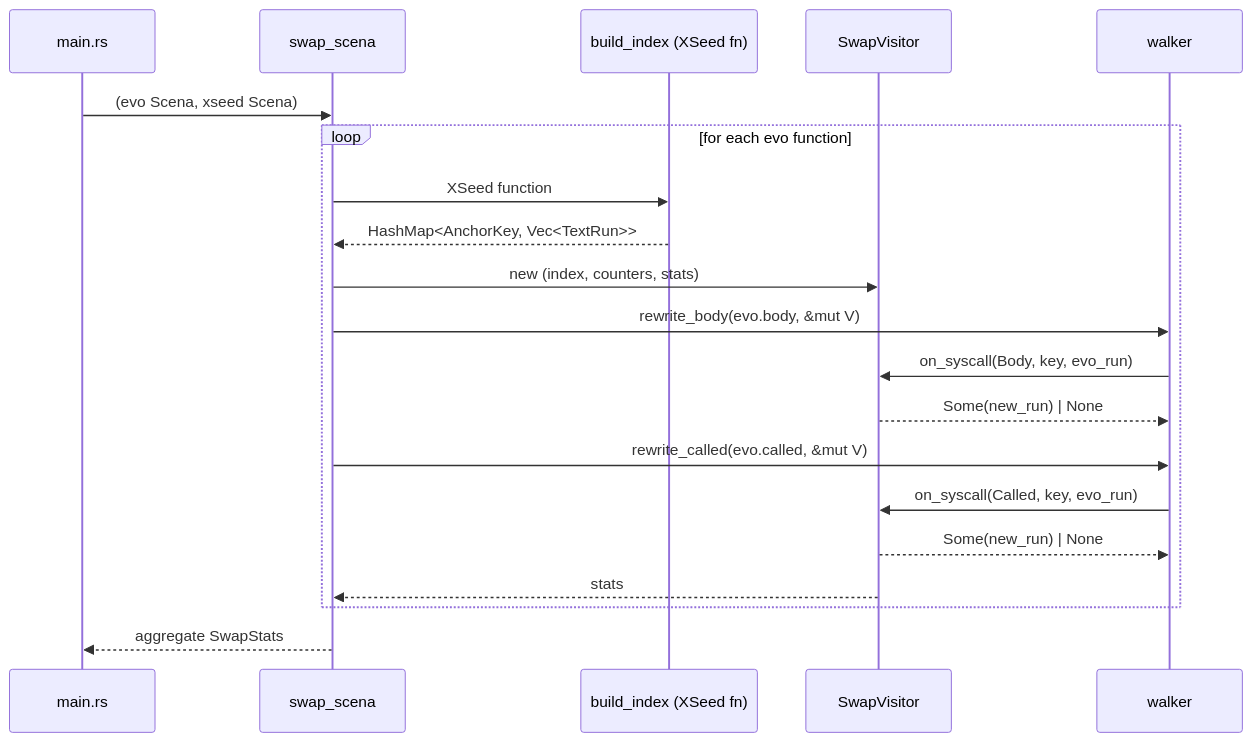
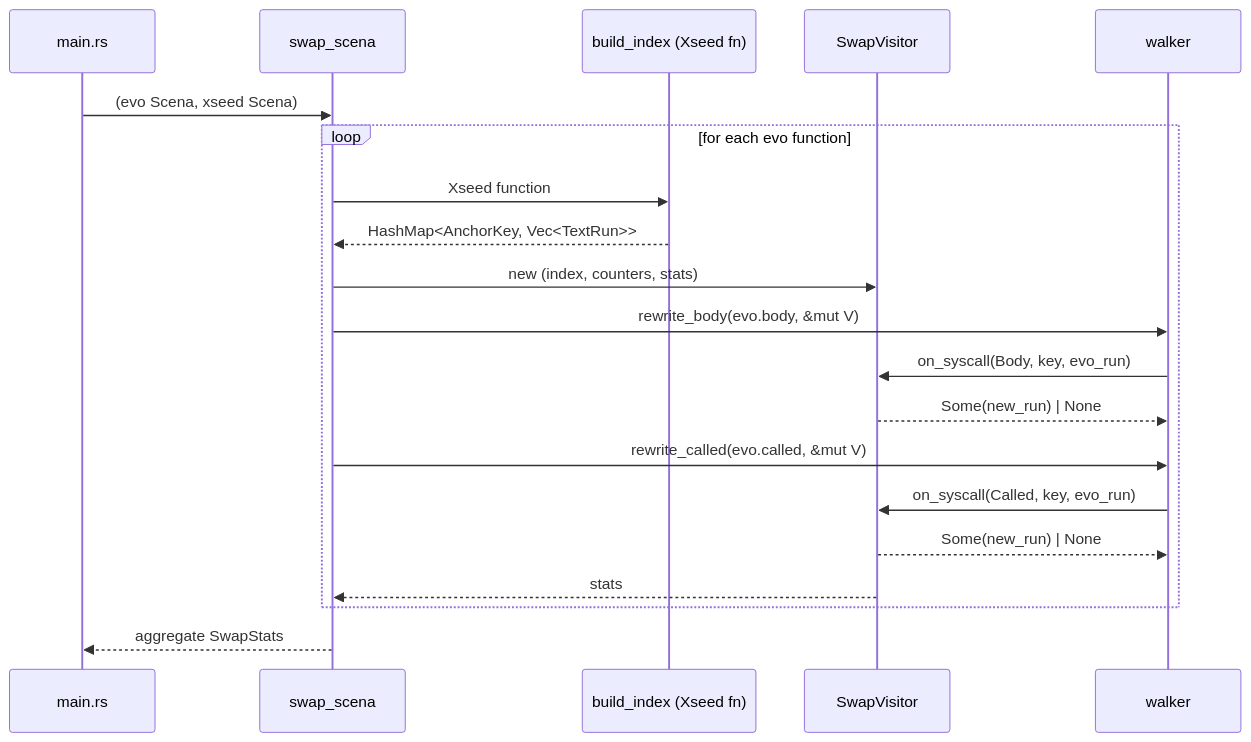
The fourth of 5 diagrams in docs/ARCHITECTURE.md (kvnxiao/sora-remake-merge), drawn with Mermaid before and after one commit. The commit also changed other lines of this file and 12 other files, not shown here.

````diff
--- a/docs/ARCHITECTURE.md
+++ b/docs/ARCHITECTURE.md
@@ -255,23 +255,23 @@
 ```mermaid
 sequenceDiagram
     participant CLI as main.rs
     participant Swap as swap_scena
-    participant Idx as build_index (XSeed fn)
+    participant Idx as build_index (Xseed fn)
     participant V as SwapVisitor
     participant W as walker
 
     CLI->>Swap: (evo Scena, xseed Scena)
     loop for each evo function
-        Swap->>Idx: XSeed function
+        Swap->>Idx: Xseed function
         Idx-->>Swap: HashMap<AnchorKey, Vec<TextRun>>
         Swap->>V: new (index, counters, stats)
         Swap->>W: rewrite_body(evo.body, &mut V)
         W->>V: on_syscall(Body, key, evo_run)
         V-->>W: Some(new_run) | None
         Swap->>W: rewrite_called(evo.called, &mut V)
         W->>V: on_syscall(Called, key, evo_run)
         V-->>W: Some(new_run) | None
         V-->>Swap: stats
     end
     Swap-->>CLI: aggregate SwapStats
 ```
````
